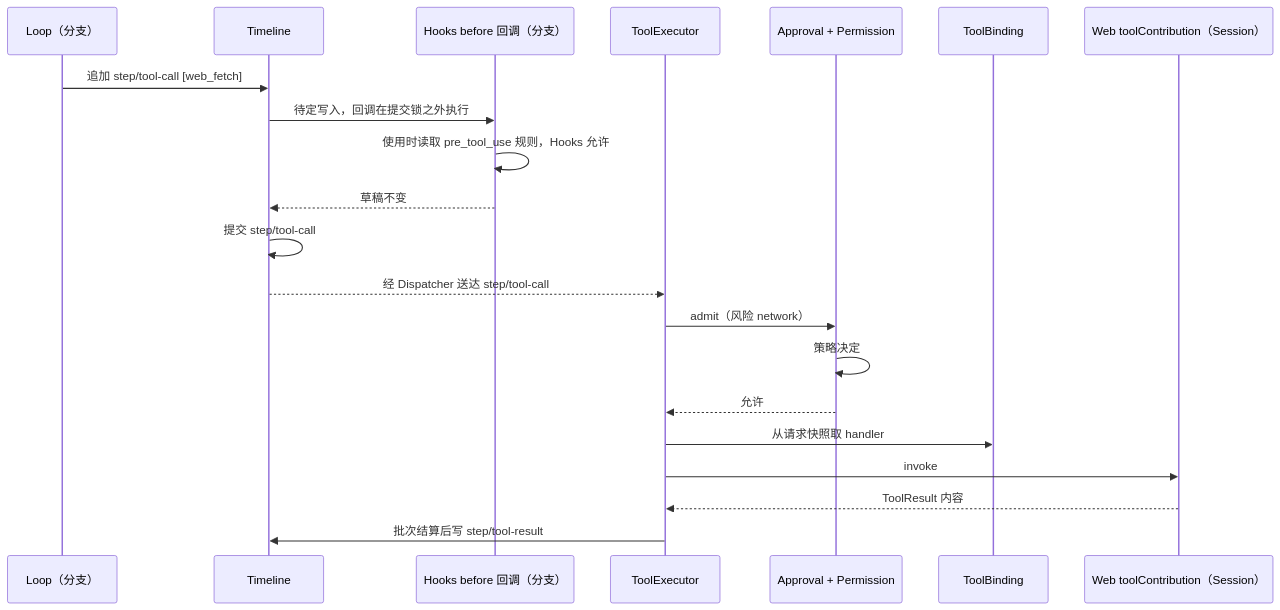
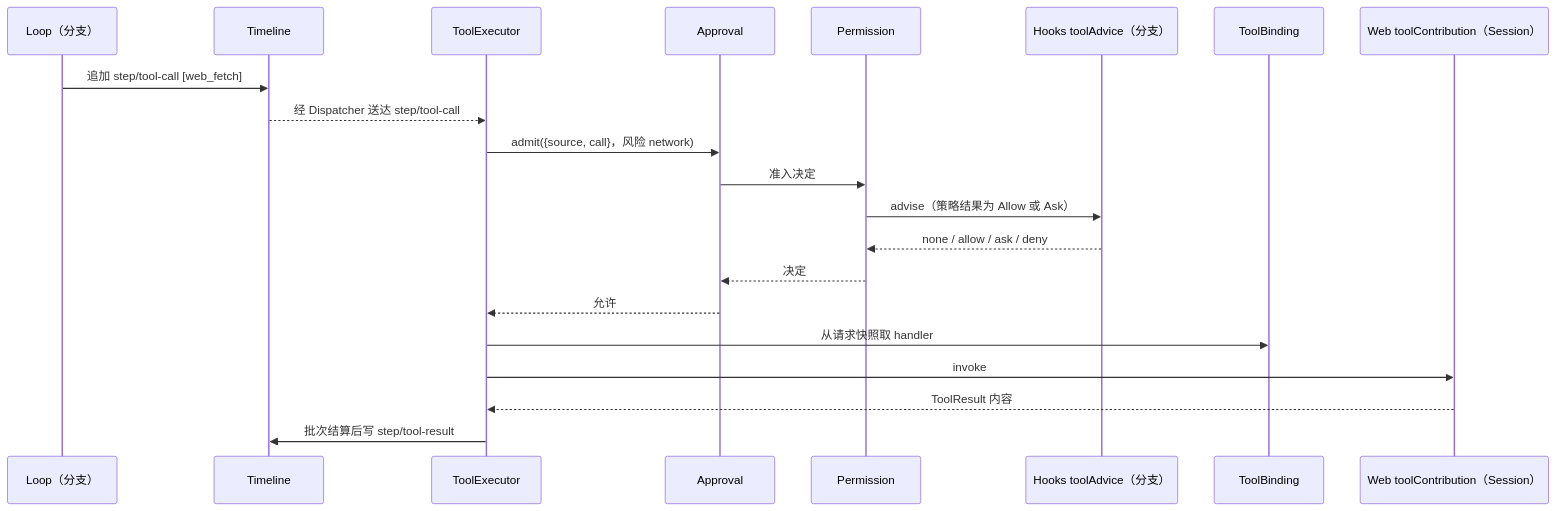
One commit to CoutinhoTTS/dim-agent changed the third of 8 diagrams in docs/zh/design/overview.md. Above: the diagram before and after it, drawn with Mermaid. The commit also changed other lines of this file and 7 other files, not shown here.

````diff
--- a/docs/zh/design/overview.md
+++ b/docs/zh/design/overview.md
@@ -187,23 +185,23 @@
 ```mermaid
 sequenceDiagram
   participant LP as Loop（分支）
   participant TL as Timeline
-  participant HK as Hooks before 回调（分支）
   participant TE as ToolExecutor
-  participant AP as Approval + Permission
+  participant AP as Approval
+  participant PM as Permission
+  participant HK as Hooks toolAdvice（分支）
   participant TB as ToolBinding
   participant W as Web toolContribution（Session）
   LP->>TL: 追加 step/tool-call [web_fetch]
-  TL->>HK: 待定写入，回调在提交锁之外执行
-  HK->>HK: 使用时读取 pre_tool_use 规则，Hooks 允许
-  HK-->>TL: 草稿不变
-  TL->>TL: 提交 step/tool-call
   TL-->>TE: 经 Dispatcher 送达 step/tool-call
-  TE->>AP: admit（风险 network）
-  AP->>AP: 策略决定
+  TE->>AP: admit({source, call}，风险 network)
+  AP->>PM: 准入决定
+  PM->>HK: advise（策略结果为 Allow 或 Ask）
+  HK-->>PM: none / allow / ask / deny
+  PM-->>AP: 决定
   AP-->>TE: 允许
   TE->>TB: 从请求快照取 handler
   TE->>W: invoke
   W-->>TE: ToolResult 内容
   TE->>TL: 批次结算后写 step/tool-result
 ```
````
